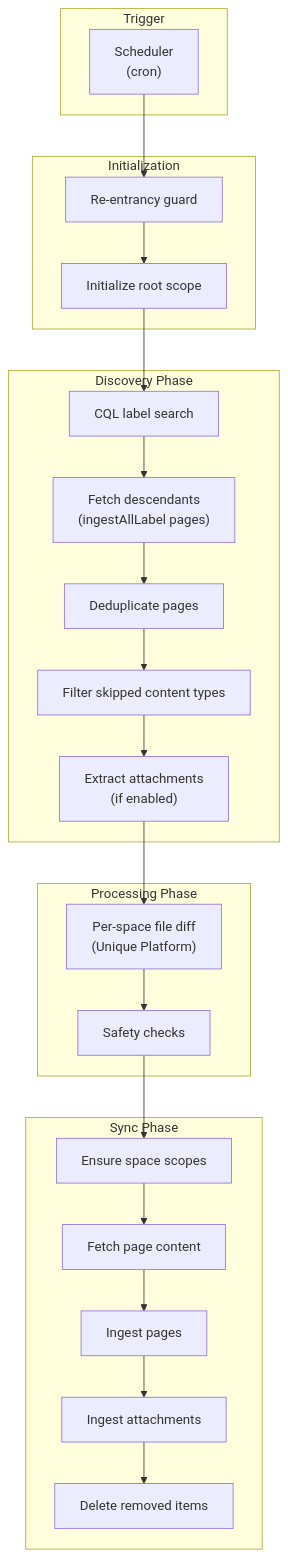
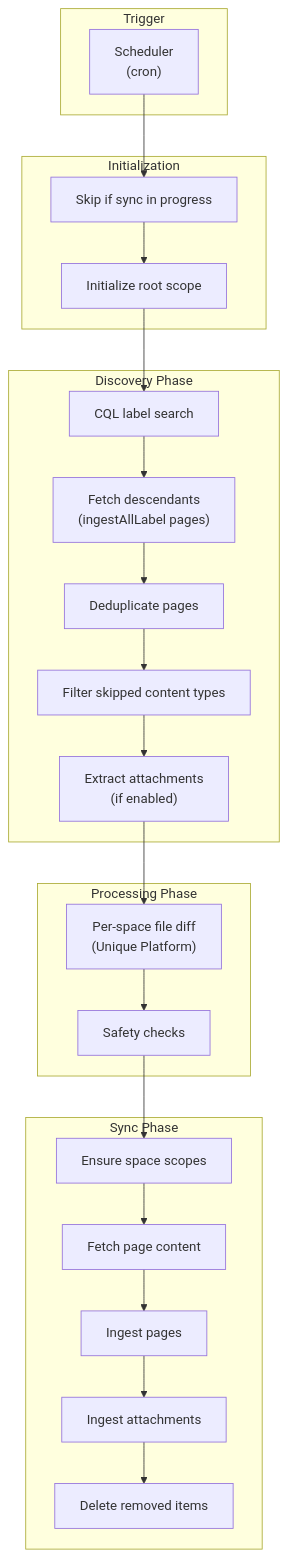
The first of 4 diagrams in services/confluence-connector/docs/technical/flows.md (Unique-AG/connectors), drawn with Mermaid before and after one commit. The commit also changed other lines of this file and 2 other files, not shown here.

````diff
--- a/services/confluence-connector/docs/technical/flows.md
+++ b/services/confluence-connector/docs/technical/flows.md
@@ -10,47 +10,47 @@
 ```mermaid
 flowchart TB
     subgraph Trigger["Trigger"]
         Scheduler["Scheduler<br/>(cron)"]
     end
 
     subgraph Initialization["Initialization"]
-        Guard["Re-entrancy guard"]
+        Guard["Skip if sync in progress"]
         Scope["Initialize root scope"]
     end
 
     subgraph Discovery["Discovery Phase"]
         SearchCQL["CQL label search"]
         Descendants["Fetch descendants<br/>(ingestAllLabel pages)"]
         Deduplicate["Deduplicate pages"]
         FilterTypes["Filter skipped content types"]
         ExtractAttachments["Extract attachments<br/>(if enabled)"]
     end
 
     subgraph Processing["Processing Phase"]
         Diff["Per-space file diff<br/>(Unique Platform)"]
         Validate["Safety checks"]
     end
 
     subgraph Sync["Sync Phase"]
         EnsureScopes["Ensure space scopes"]
         FetchContent["Fetch page content"]
         IngestPages["Ingest pages"]
         IngestAttachments["Ingest attachments"]
         Delete["Delete removed items"]
     end
 
     Scheduler --> Guard
     Guard --> Scope
     Scope --> SearchCQL
     SearchCQL --> Descendants
     Descendants --> Deduplicate
     Deduplicate --> FilterTypes
     FilterTypes --> ExtractAttachments
     ExtractAttachments --> Diff
     Diff --> Validate
     Validate --> EnsureScopes
     EnsureScopes --> FetchContent
     FetchContent --> IngestPages
     IngestPages --> IngestAttachments
     IngestAttachments --> Delete
 ```
````
